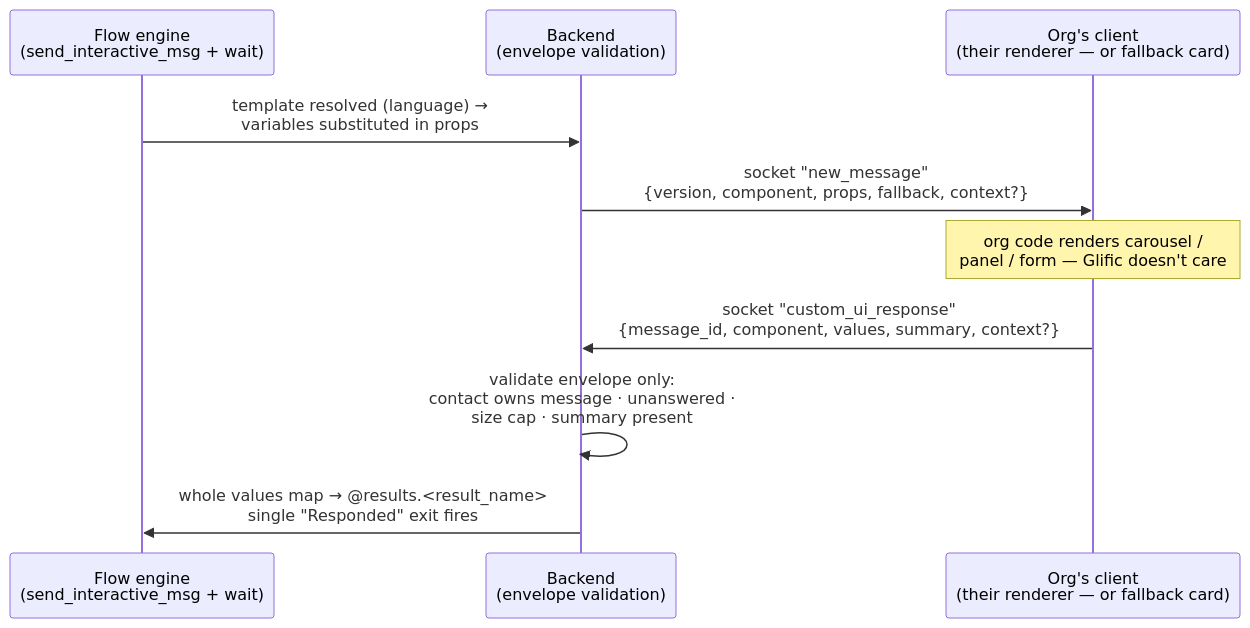
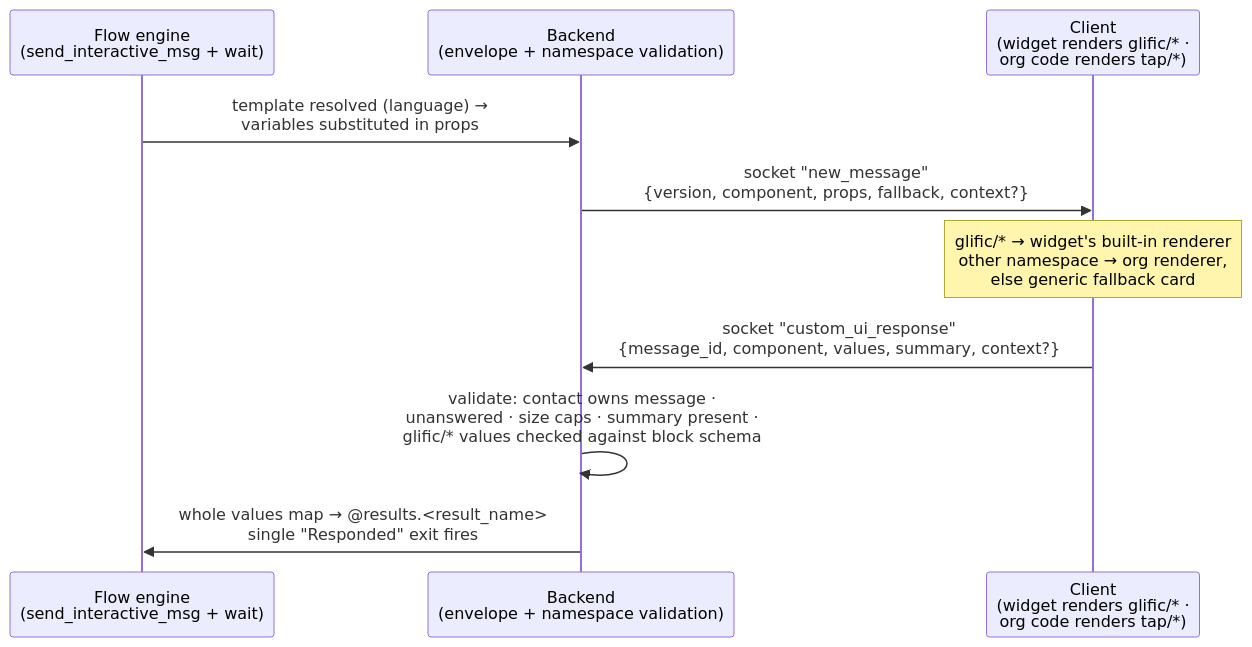
One commit to glific/glific changed the diagram in plans/web-channel/custom-ui-design.md. Above: the diagram before and after it, drawn with Mermaid. The commit also changed other lines of this file and 1 other file, not shown here.

First line of the commit message:
docs(web-channel): two-tier custom UI — glific/* built-in blocks + org namespaces

````diff
--- a/plans/web-channel/custom-ui-design.md
+++ b/plans/web-channel/custom-ui-design.md
@@ -26,13 +34,13 @@
 ```mermaid
 sequenceDiagram
   participant F as Flow engine<br/>(send_interactive_msg + wait)
-  participant B as Backend<br/>(envelope validation)
-  participant C as Org's client<br/>(their renderer — or fallback card)
+  participant B as Backend<br/>(envelope + namespace validation)
+  participant C as Client<br/>(widget renders glific/* ·<br/>org code renders tap/*)
 
   F->>B: template resolved (language) →<br/>variables substituted in props
   B->>C: socket "new_message"<br/>{version, component, props, fallback, context?}
-  Note over C: org code renders carousel /<br/>panel / form — Glific doesn't care
+  Note over C: glific/* → widget's built-in renderer<br/>other namespace → org renderer,<br/>else generic fallback card
   C->>B: socket "custom_ui_response"<br/>{message_id, component, values, summary, context?}
-  B->>B: validate envelope only:<br/>contact owns message · unanswered ·<br/>size cap · summary present
+  B->>B: validate: contact owns message ·<br/>unanswered · size caps · summary present ·<br/>glific/* values checked against block schema
   B->>F: whole values map → @results.<result_name><br/>single "Responded" exit fires
 ```
````
